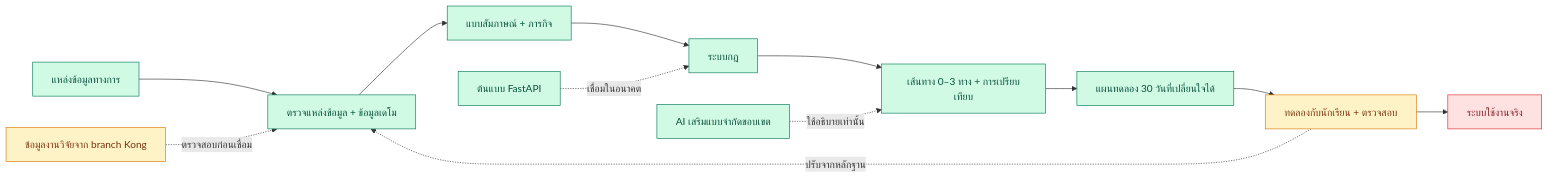
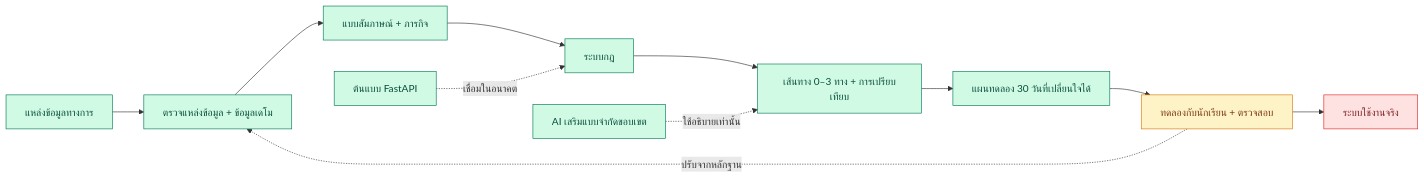
Before and after one commit to Pongkarm/Future_Me: the first of 2 diagrams in READMETH.md, drawn with Mermaid. The commit also changed other lines of this file and 8 other files, not shown here.

````diff
--- a/READMETH.md
+++ b/READMETH.md
@@ -79,22 +79,20 @@
 ```mermaid
 flowchart LR
     A["แหล่งข้อมูลทางการ"] --> B["ตรวจแหล่งข้อมูล + ข้อมูลเดโม"]
     B --> C["แบบสัมภาษณ์ + ภารกิจ"]
     C --> D["ระบบกฎ"]
     D --> E["เส้นทาง 0–3 ทาง + การเปรียบเทียบ"]
     E --> F["แผนทดลอง 30 วันที่เปลี่ยนใจได้"]
     F --> G["ทดลองกับนักเรียน + ตรวจสอบ"]
     G -. "ปรับจากหลักฐาน" .-> B
     G --> H["ระบบใช้งานจริง"]
 
     I["AI เสริมแบบจำกัดขอบเขต"] -. "ใช้อธิบายเท่านั้น" .-> E
     J["ต้นแบบ FastAPI"] -. "เชื่อมในอนาคต" .-> D
-    K["ข้อมูลงานวิจัยจาก branch Kong"] -. "ตรวจสอบก่อนเชื่อม" .-> B
-
     classDef working fill:#d1fae5,stroke:#047857,color:#064e3b;
     classDef validating fill:#fef3c7,stroke:#d97706,color:#78350f;
     classDef planned fill:#fee2e2,stroke:#dc2626,color:#7f1d1d;
     class A,B,C,D,E,F,I,J working;
-    class G,K validating;
+    class G validating;
     class H planned;
 ```
````
